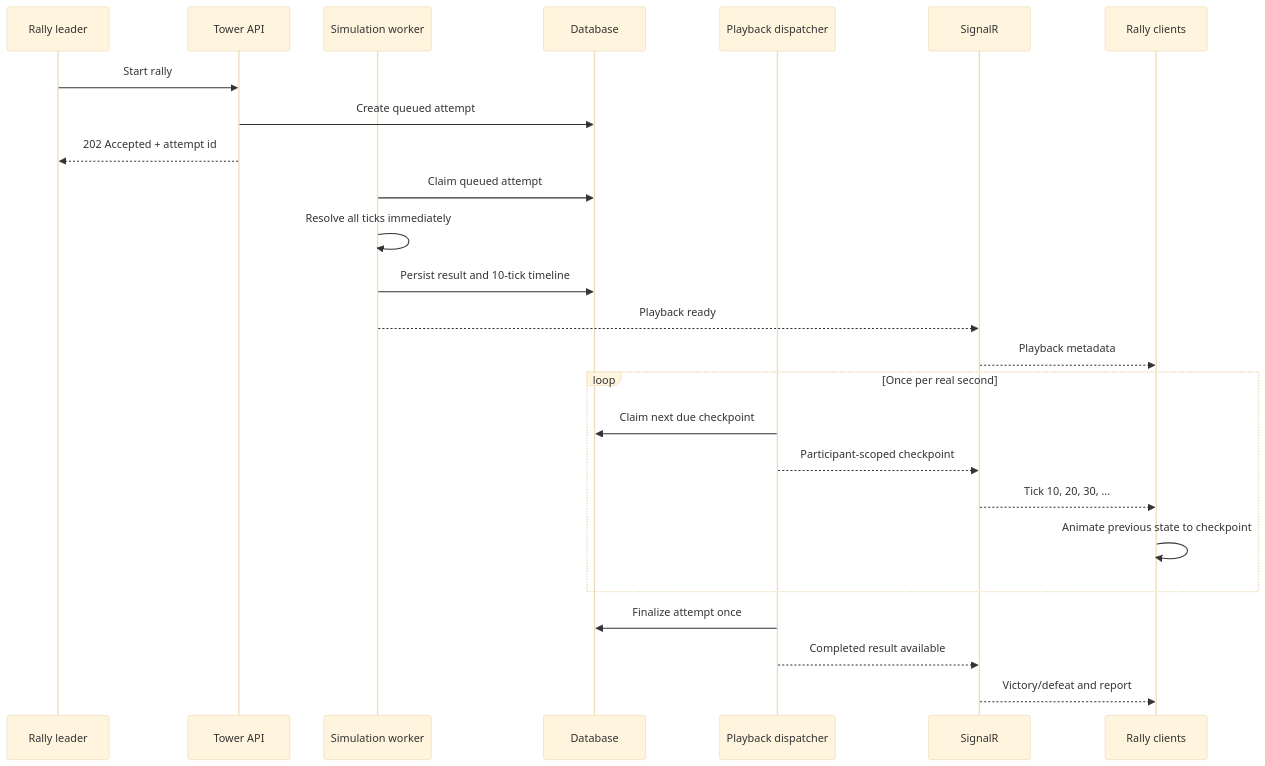
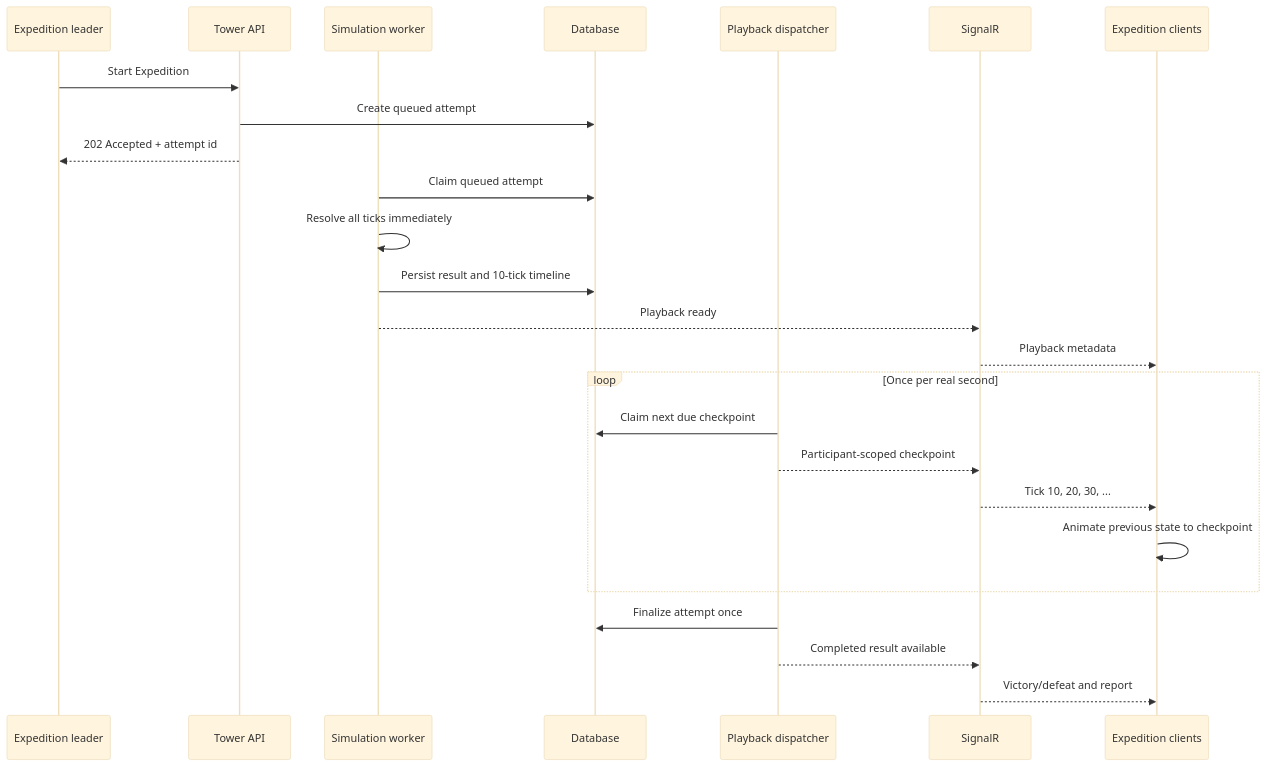
The diagram in docs/world-tower-realtime-combat-plan.md (Dryppie/legends-legacy), drawn with Mermaid (base theme) before and after one commit. The commit also changed other lines of this file and 743 other files, not shown here.

````diff
--- a/docs/world-tower-realtime-combat-plan.md
+++ b/docs/world-tower-realtime-combat-plan.md
@@ -46,28 +49,28 @@
 ```mermaid
 sequenceDiagram
-    participant L as Rally leader
+    participant L as Expedition leader
     participant API as Tower API
     participant S as Simulation worker
     participant DB as Database
     participant P as Playback dispatcher
     participant R as SignalR
-    participant UI as Rally clients
+    participant UI as Expedition clients
 
-    L->>API: Start rally
+    L->>API: Start Expedition
     API->>DB: Create queued attempt
     API-->>L: 202 Accepted + attempt id
     S->>DB: Claim queued attempt
     S->>S: Resolve all ticks immediately
     S->>DB: Persist result and 10-tick timeline
     S-->>R: Playback ready
     R-->>UI: Playback metadata
     loop Once per real second
         P->>DB: Claim next due checkpoint
         P-->>R: Participant-scoped checkpoint
         R-->>UI: Tick 10, 20, 30, ...
         UI->>UI: Animate previous state to checkpoint
     end
     P->>DB: Finalize attempt once
     P-->>R: Completed result available
     R-->>UI: Victory/defeat and report
 ```
````
